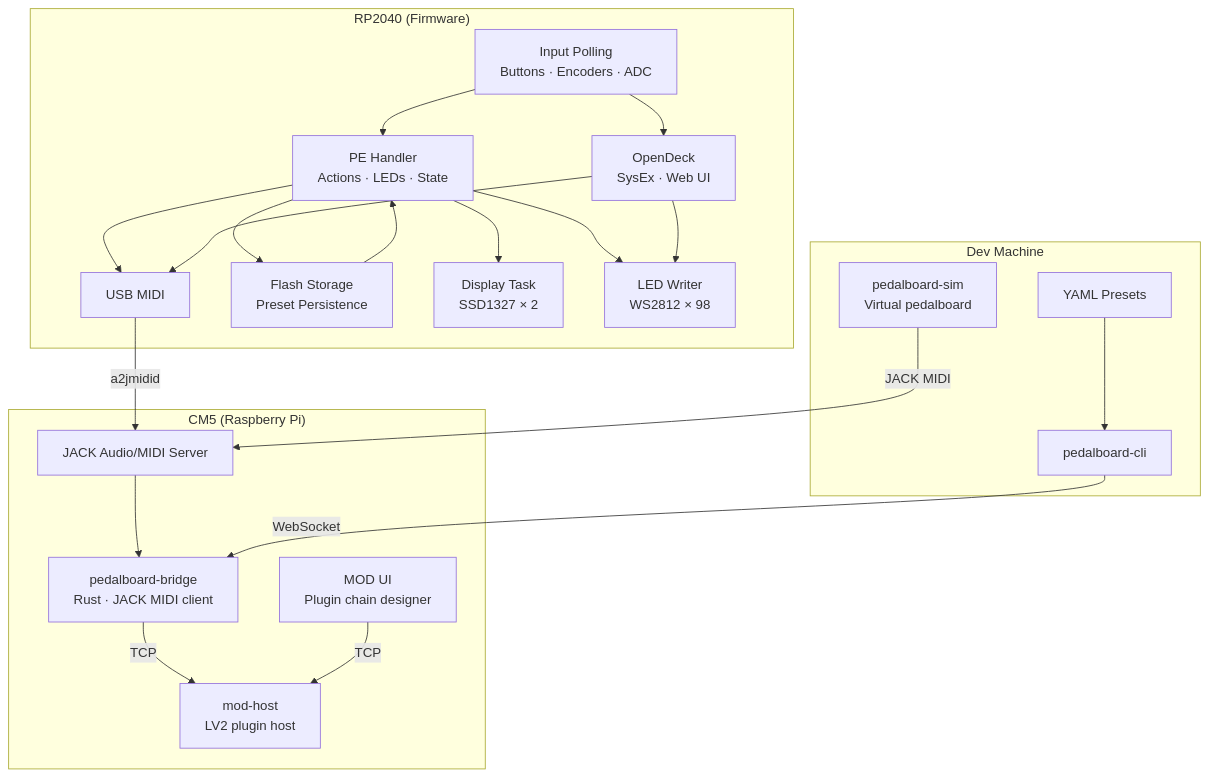
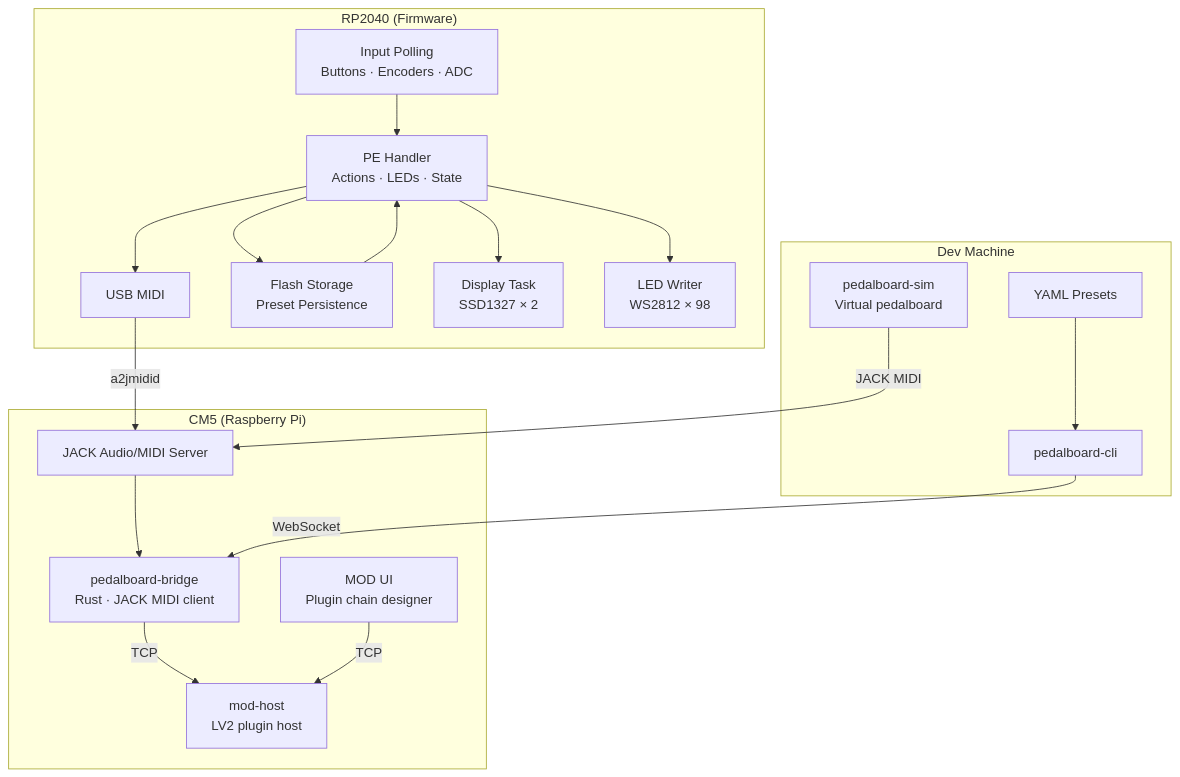
The first of 4 diagrams in docs/software-architecture.md (pedalboard/.github), drawn with Mermaid before and after one commit. The commit also changed other lines of this file and 2 other files, not shown here.

First line of the commit message:
docs: remove OpenDeck references (protocol no longer in codebase)

````diff
--- a/docs/software-architecture.md
+++ b/docs/software-architecture.md
@@ -5,42 +5,38 @@
 ```mermaid
 graph TB
     subgraph "Dev Machine"
         YAML[YAML Presets]
         CLI[pedalboard-cli]
         SIM[pedalboard-sim<br/>Virtual pedalboard]
         YAML --> CLI
     end
 
     subgraph "CM5 (Raspberry Pi)"
         JACK[JACK Audio/MIDI Server]
         BRIDGE[pedalboard-bridge<br/>Rust · JACK MIDI client]
         MODHOST[mod-host<br/>LV2 plugin host]
         MODUI[MOD UI<br/>Plugin chain designer]
         JACK --> BRIDGE
         BRIDGE -->|TCP| MODHOST
         MODUI -->|TCP| MODHOST
     end
 
     subgraph "RP2040 (Firmware)"
         USB[USB MIDI]
         PE[PE Handler<br/>Actions · LEDs · State]
-        OD[OpenDeck<br/>SysEx · Web UI]
         FLASH[Flash Storage<br/>Preset Persistence]
         DISP[Display Task<br/>SSD1327 × 2]
         LEDS[LED Writer<br/>WS2812 × 98]
         INPUT[Input Polling<br/>Buttons · Encoders · ADC]
     end
 
     CLI -->|WebSocket| BRIDGE
     SIM -->|JACK MIDI| JACK
     USB -->|a2jmidid| JACK
     INPUT --> PE
-    INPUT --> OD
     PE --> USB
     PE --> LEDS
     PE --> DISP
     PE --> FLASH
-    OD --> USB
-    OD --> LEDS
     FLASH --> PE
 ```
````
